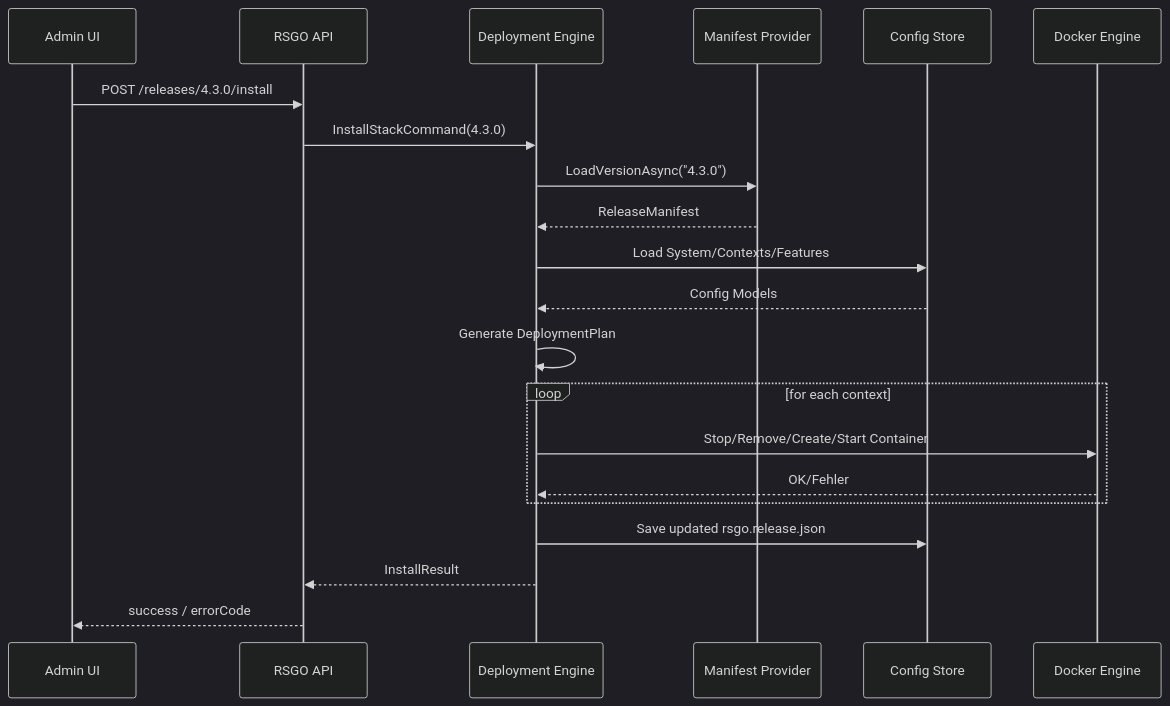
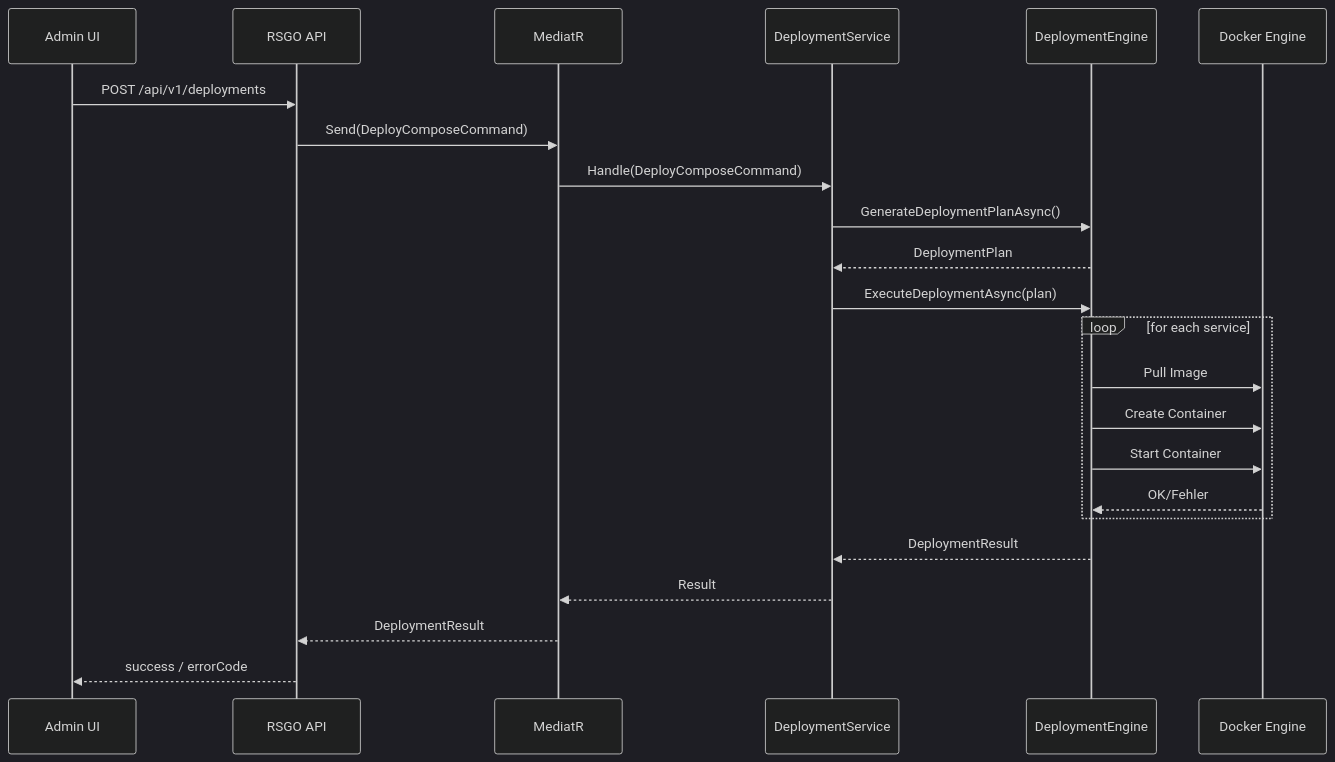
The third of 6 diagrams in docs/Architecture/Overview.md (Wiesenwischer/ReadyStackGo), drawn with Mermaid (dark theme) before and after one commit. The commit also changed other lines of this file and 3 other files, not shown here.

Commit message:
Update documentation for v0.6 DDD architecture

````diff
--- a/docs/Architecture/Overview.md
+++ b/docs/Architecture/Overview.md
@@ -160,24 +173,26 @@
 ```mermaid
 sequenceDiagram
     participant Admin as Admin UI
     participant API as RSGO API
-    participant ENG as Deployment Engine
-    participant MP as Manifest Provider
-    participant CFG as Config Store
+    participant MED as MediatR
+    participant SVC as DeploymentService
+    participant ENG as DeploymentEngine
     participant DK as Docker Engine
 
-    Admin->>API: POST /releases/4.3.0/install
-    API->>ENG: InstallStackCommand(4.3.0)
-    ENG->>MP: LoadVersionAsync("4.3.0")
-    MP-->>ENG: ReleaseManifest
-    ENG->>CFG: Load System/Contexts/Features
-    CFG-->>ENG: Config Models
-    ENG->>ENG: Generate DeploymentPlan
-    loop for each context
-        ENG->>DK: Stop/Remove/Create/Start Container
+    Admin->>API: POST /api/v1/deployments
+    API->>MED: Send(DeployComposeCommand)
+    MED->>SVC: Handle(DeployComposeCommand)
+    SVC->>ENG: GenerateDeploymentPlanAsync()
+    ENG-->>SVC: DeploymentPlan
+    SVC->>ENG: ExecuteDeploymentAsync(plan)
+    loop for each service
+        ENG->>DK: Pull Image
+        ENG->>DK: Create Container
+        ENG->>DK: Start Container
         DK-->>ENG: OK/Fehler
     end
-    ENG->>CFG: Save updated rsgo.release.json
-    ENG-->>API: InstallResult
+    ENG-->>SVC: DeploymentResult
+    SVC-->>MED: Result
+    MED-->>API: DeploymentResult
     API-->>Admin: success / errorCode
 ```
````
